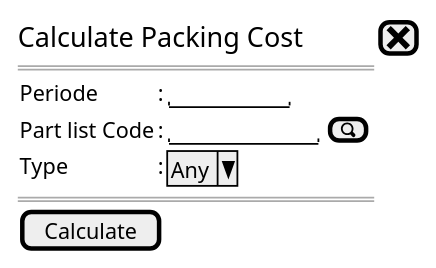
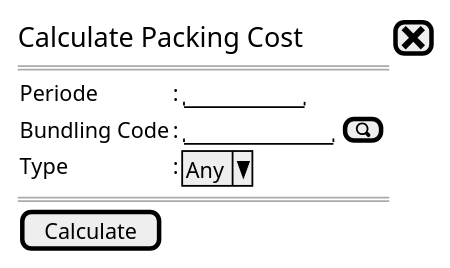
Before and after one commit to ari-fikri/packing-cost-mockup: the diagram in PPR/PPR - newstep0c.puml, drawn with PlantUML. The commit also changed 13 other files, not shown here.

Commit message:
- Rename Partlist list into Bundling - Add form steps to create bundling - Rename PPR into Packing Cost Calculation - Change all previous references (PPR/Partlist ) into new references (Packing Cost Calculation/Bundling)

```diff
--- a/PPR/PPR - newstep0c.puml
+++ b/PPR/PPR - newstep0c.puml
@@ -1,13 +1,13 @@
 @startsalt
 {
   <size:15>Calculate Packing Cost |[<size:20><&x>]|*
   ==
   {
     |Periode        |:|"        "|*
-    |Part list Code |:|"          "|[<&magnifying-glass>] 
+    |Bundling Code |:|"          "|[<&magnifying-glass>] 
     |Type           |:|^Any^|*
   }
   ==
   [Calculate]
 }
 @endsalt
```
